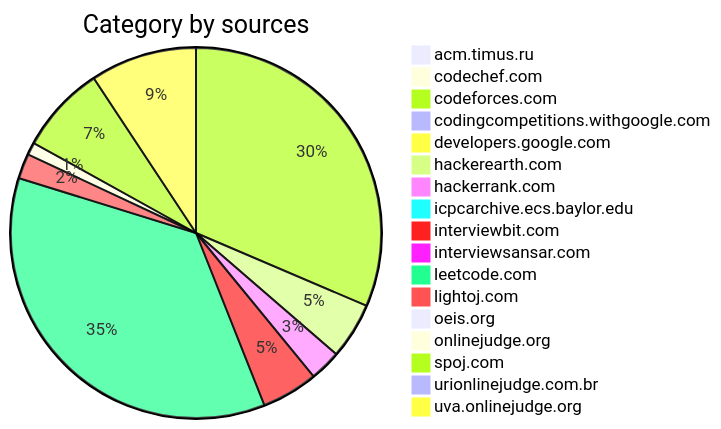
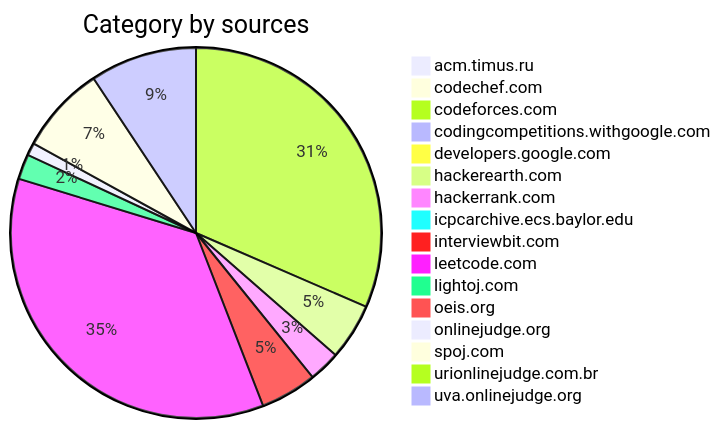
Before and after one commit to hienmv/Problems-Solving: the diagram in README.md, drawn with Mermaid. The commit also changed other lines of this file and 7 other files, not shown here.

````diff
--- a/README.md
+++ b/README.md
@@ -23,21 +22,20 @@
 ```mermaid
 pie
 	title Category by sources
 	"acm.timus.ru" : 1
 	"codechef.com" : 2
 	"codeforces.com" : 115
 	"codingcompetitions.withgoogle.com" : 1
 	"developers.google.com" : 1
 	"hackerearth.com" : 18
 	"hackerrank.com" : 10
 	"icpcarchive.ecs.baylor.edu" : 3
 	"interviewbit.com" : 18
-	"interviewsansar.com" : 1
-	"leetcode.com" : 131
+	"leetcode.com" : 130
 	"lightoj.com" : 8
 	"oeis.org" : 1
 	"onlinejudge.org" : 4
 	"spoj.com" : 28
 	"urionlinejudge.com.br" : 2
 	"uva.onlinejudge.org" : 34
 ```
````
